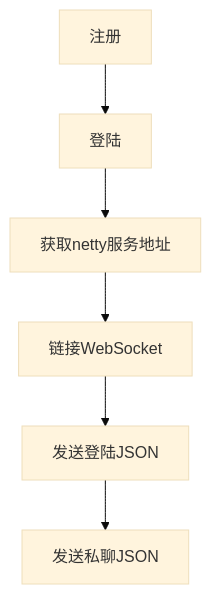
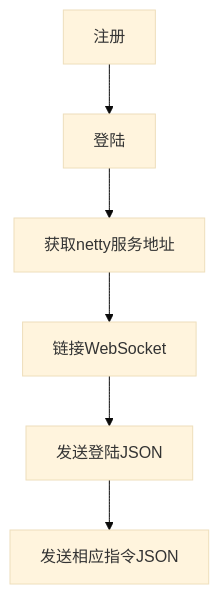
The diagram in README.md (shenjies88/im-practice), drawn with Mermaid (base theme) before and after one commit. The commit also changed other lines of this file, not shown here.

````diff
--- a/README.md
+++ b/README.md
@@ -46,8 +44,8 @@
 ```mermaid
 graph TD
 注册 --> 登陆
 登陆 --> 获取netty服务地址
 获取netty服务地址 --> 链接WebSocket
 链接WebSocket --> 发送登陆JSON
-发送登陆JSON --> 发送私聊JSON
+发送登陆JSON --> 发送相应指令JSON
 ```
````
